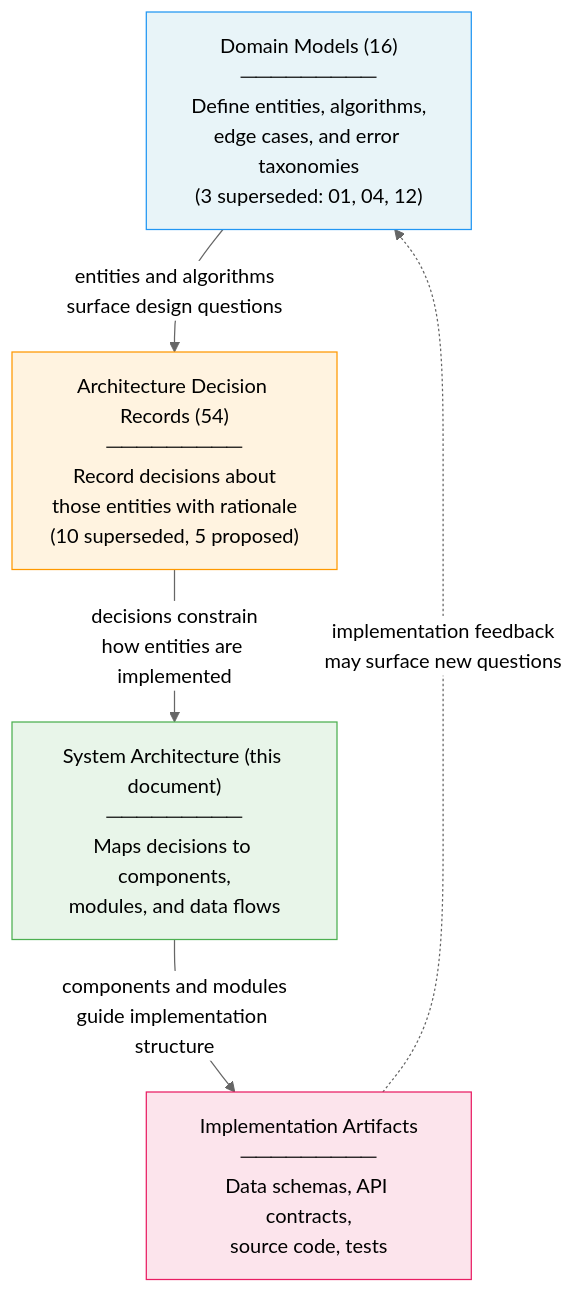
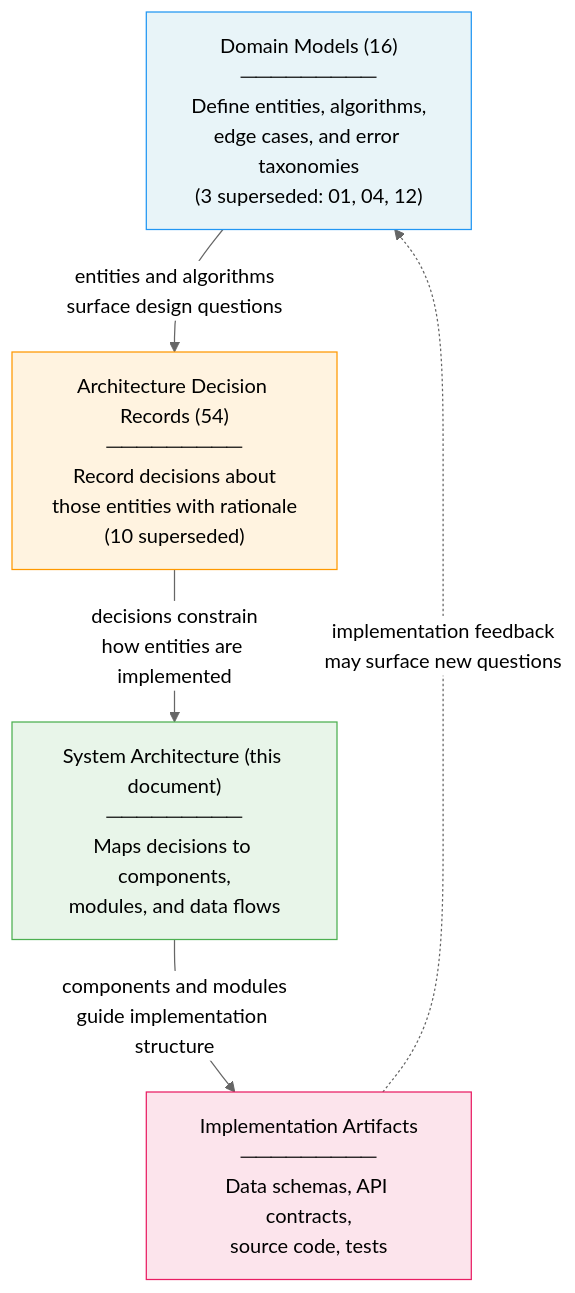
Before and after one commit to zigrivers/scaffold: the tenth of 10 diagrams in docs/v2/architecture/system-architecture.md, drawn with Mermaid (neutral theme). The commit also changed other lines of this file and 3 other files, not shown here.

````diff
--- a/docs/v2/architecture/system-architecture.md
+++ b/docs/v2/architecture/system-architecture.md
@@ -1807,17 +1807,17 @@
 ```mermaid
 graph TD
     DM["Domain Models (16)<br/>─────────<br/>Define entities, algorithms,<br/>edge cases, and error taxonomies<br/>(3 superseded: 01, 04, 12)"]
-    ADR["Architecture Decision Records (54)<br/>─────────<br/>Record decisions about<br/>those entities with rationale<br/>(10 superseded, 5 proposed)"]
+    ADR["Architecture Decision Records (54)<br/>─────────<br/>Record decisions about<br/>those entities with rationale<br/>(10 superseded)"]
     ARCH["System Architecture (this document)<br/>─────────<br/>Maps decisions to components,<br/>modules, and data flows"]
     IMPL["Implementation Artifacts<br/>─────────<br/>Data schemas, API contracts,<br/>source code, tests"]
 
     DM -->|"entities and algorithms<br/>surface design questions"| ADR
     ADR -->|"decisions constrain<br/>how entities are implemented"| ARCH
     ARCH -->|"components and modules<br/>guide implementation structure"| IMPL
     IMPL -.->|"implementation feedback<br/>may surface new questions"| DM
 
     style DM fill:#e8f4f8,stroke:#2196F3
     style ADR fill:#fff3e0,stroke:#FF9800
     style ARCH fill:#e8f5e9,stroke:#4CAF50
     style IMPL fill:#fce4ec,stroke:#E91E63
 ```
````
